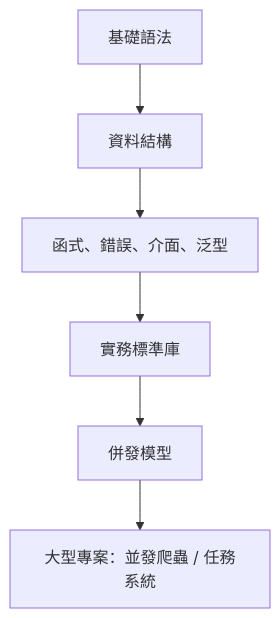
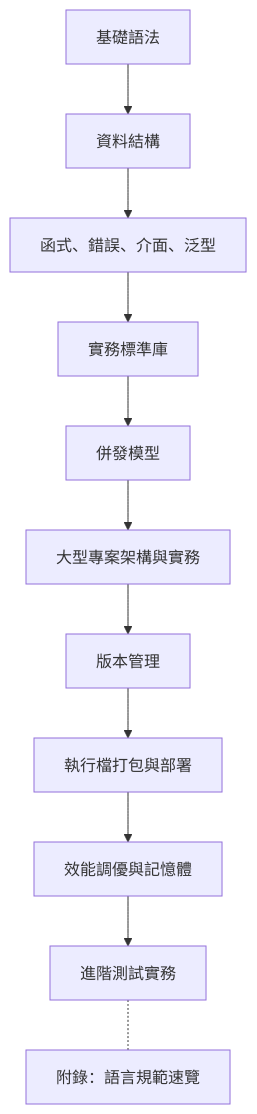
One commit to JasonChiu1984/golang-note changed the diagram in README.md. Above: the diagram before and after it, drawn with Mermaid. The commit also changed other lines of this file and 51 other files, not shown here.

Commit message:
feat: add Cornell notes, Visual diagrams, Mindmap, and Go 1.22 modernizations

````diff
--- a/README.md
+++ b/README.md
@@ -7,8 +7,13 @@
 ```mermaid
 flowchart TD
   A["基礎語法"] --> B["資料結構"]
   B --> C["函式、錯誤、介面、泛型"]
   C --> D["實務標準庫"]
   D --> E["併發模型"]
-  E --> F["大型專案：並發爬蟲 / 任務系統"]
+  E --> F["大型專案架構與實務"]
+  F --> G["版本管理"]
+  G --> H["執行檔打包與部署"]
+  H --> J["效能調優與記憶體"]
+  J --> K["進階測試實務"]
+  K -.- I["附錄：語言規範速覽"]
 ```
````
